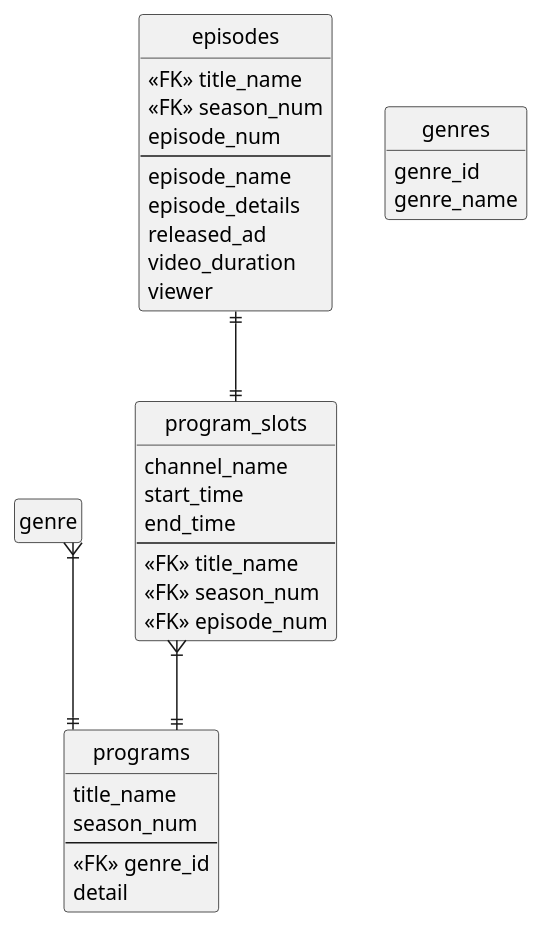
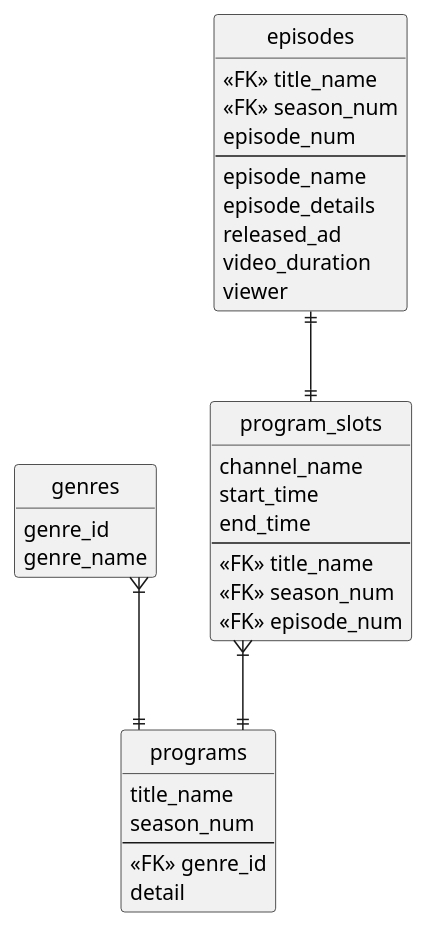
One commit to ryumasann/databese_practice changed the diagram in assignment/internet_TV.pu. Above: the diagram before and after it, drawn with PlantUML.

Commit message:
modified UML

```diff
--- a/assignment/internet_TV.pu
+++ b/assignment/internet_TV.pu
@@ -9,44 +9,44 @@
 @startuml internet_tv
 hide circle
 hide empty members
 skinparam linetype ortho
 
 entity program_slots {
     channel_name
     start_time
     end_time
     --
     <<FK>> title_name
     <<FK>> season_num
     <<FK>> episode_num
 }
 
 entity programs {
     title_name
     season_num
     --
     <<FK>> genre_id
     detail
 }
 
 entity genres {
     genre_id
     genre_name
 }
 
 entity episodes {
     <<FK>> title_name
     <<FK>> season_num
     episode_num
     --
     episode_name
     episode_details
     released_ad
     video_duration
     viewer
 }
 
 program_slots }|--|| programs
-genre }|--|| programs
+genres }|--|| programs
 episodes ||--|| program_slots
 @endumls
```
